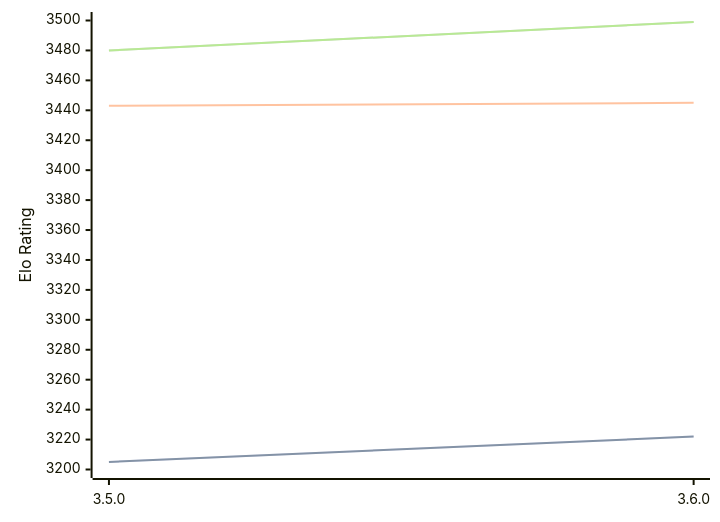
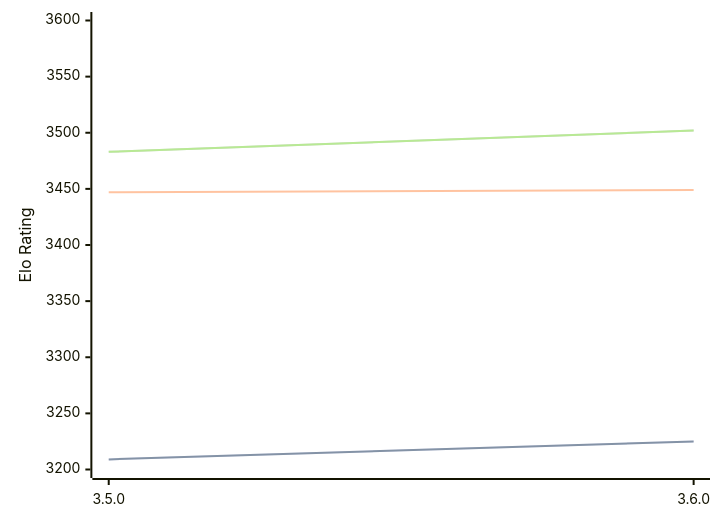
Before and after one commit to computer-chess-index/cci: the diagram in engines/Igel.md, drawn with Mermaid. The commit also changed other lines of this file, not shown here.

Commit message:
Update CCI Ratings (ELO VLTC) - 2026-05-02

````diff
--- a/engines/Igel.md
+++ b/engines/Igel.md
@@ -68,11 +68,11 @@
 ```mermaid
 %%{init: {"theme":"base","themeVariables":{"seriesColors:['#a3a3a3','#222221','#faa371']}}}%%
 xychart-beta
   x-axis ["3.5.0", "3.6.0"]
-  y-axis "Elo Rating" 3200 --> 3500
-  line "STC (8.0+0.08s)" [3205, 3222]
-  line "STC (8.0+0.08s)" [3205, 3222]
-  line "LTC (60.0+0.60s)" [3443, 3445]
-  line "VLTC (2m24s+1.12s)" [3480, 3499]
-  line "VLTC (2m24s+1.12s)" [3480, 3499]
+  y-axis "Elo Rating" 3200 --> 3600
+  line "STC (8.0+0.08s)" [3209, 3225]
+  line "STC (8.0+0.08s)" [3209, 3225]
+  line "LTC (60.0+0.60s)" [3447, 3449]
+  line "VLTC (2m24s+1.12s)" [3483, 3502]
+  line "VLTC (2m24s+1.12s)" [3483, 3502]
 ```
````
